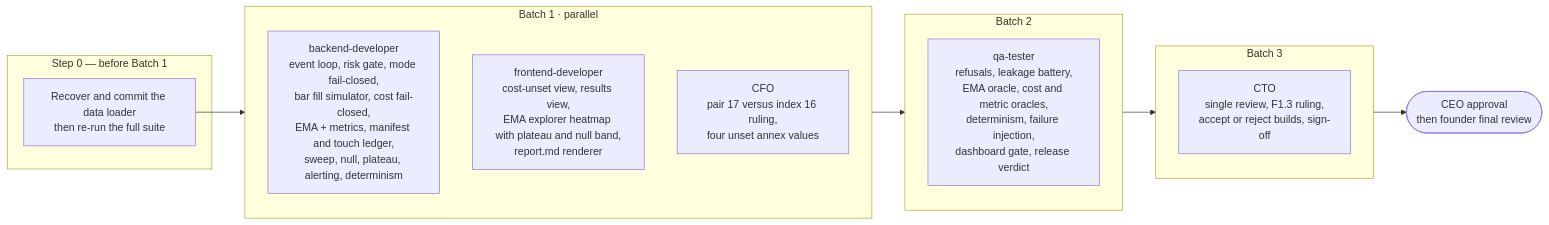
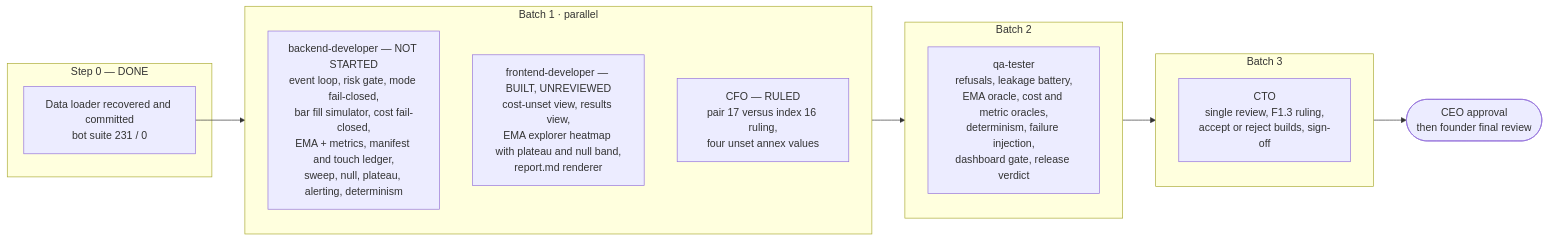
Before and after one commit to bitbullcapitalllc-arch/BitbullCapOrg: the second of 2 diagrams in docs/backtest-bot/status-and-roadmap.md, drawn with Mermaid. The commit also changed other lines of this file and 15 other files, not shown here.

First line of the commit message:
Docs and work notes for the bundled round: loader recovered, frontend unreviewed

````diff
--- a/docs/backtest-bot/status-and-roadmap.md
+++ b/docs/backtest-bot/status-and-roadmap.md
@@ -75,19 +82,19 @@
 ```mermaid
 flowchart LR
-    subgraph PRE["Step 0 — before Batch 1"]
-        L["Recover and commit the data loader<br/>then re-run the full suite"]
+    subgraph PRE["Step 0 — DONE"]
+        L["Data loader recovered and committed<br/>bot suite 231 / 0"]
     end
     subgraph B1["Batch 1  ·  parallel"]
-        BE["backend-developer<br/>event loop, risk gate, mode fail-closed,<br/>bar fill simulator, cost fail-closed,<br/>EMA + metrics, manifest and touch ledger,<br/>sweep, null, plateau, alerting, determinism"]
-        FE["frontend-developer<br/>cost-unset view, results view,<br/>EMA explorer heatmap with plateau and null band,<br/>report.md renderer"]
-        CF["CFO<br/>pair 17 versus index 16 ruling,<br/>four unset annex values"]
+        BE["backend-developer — NOT STARTED<br/>event loop, risk gate, mode fail-closed,<br/>bar fill simulator, cost fail-closed,<br/>EMA + metrics, manifest and touch ledger,<br/>sweep, null, plateau, alerting, determinism"]
+        FE["frontend-developer — BUILT, UNREVIEWED<br/>cost-unset view, results view,<br/>EMA explorer heatmap with plateau and null band,<br/>report.md renderer"]
+        CF["CFO — RULED<br/>pair 17 versus index 16 ruling,<br/>four unset annex values"]
     end
     subgraph B2["Batch 2"]
         QA["qa-tester<br/>refusals, leakage battery,<br/>EMA oracle, cost and metric oracles,<br/>determinism, failure injection,<br/>dashboard gate, release verdict"]
     end
     subgraph B3["Batch 3"]
         CT["CTO<br/>single review, F1.3 ruling,<br/>accept or reject builds, sign-off"]
     end
     G(["CEO approval<br/>then founder final review"])
     L --> B1 --> B2 --> B3 --> G
 ```
````
